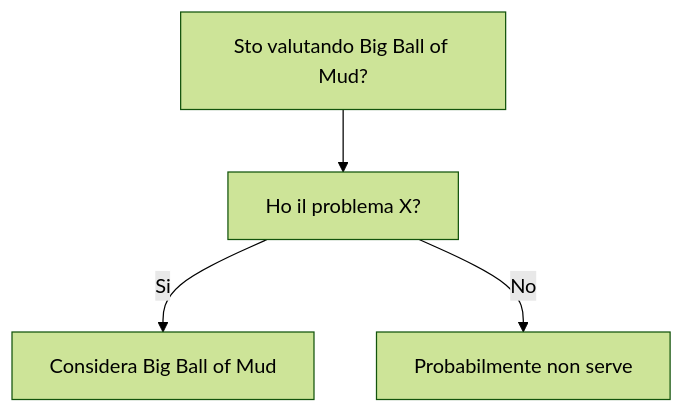
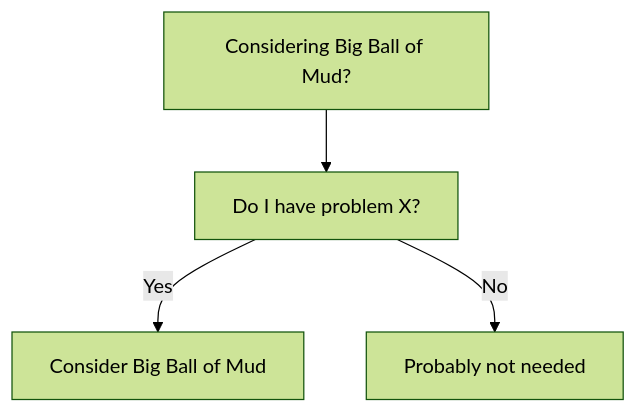
Before and after one commit to HxT9/Software-Dev-Wiki: the diagram in dev-wiki/16_AntiPatterns/Big_Ball_of_Mud/When_To_Use.md, drawn with Mermaid (forest theme). The commit also changed other lines of this file and 3444 other files, not shown here.

````diff
--- a/dev-wiki/16_AntiPatterns/Big_Ball_of_Mud/When_To_Use.md
+++ b/dev-wiki/16_AntiPatterns/Big_Ball_of_Mud/When_To_Use.md
@@ -19,6 +19,6 @@
 ```mermaid
 flowchart TD
-  Q[Sto valutando Big Ball of Mud?] --> Q1[Ho il problema X?]
-  Q1 -->|Si| OK[Considera Big Ball of Mud]
-  Q1 -->|No| NO[Probabilmente non serve]
+  Q[Considering Big Ball of Mud?] --> Q1[Do I have problem X?]
+  Q1 -->|Yes| OK[Consider Big Ball of Mud]
+  Q1 -->|No| NO[Probably not needed]
 ```
````
